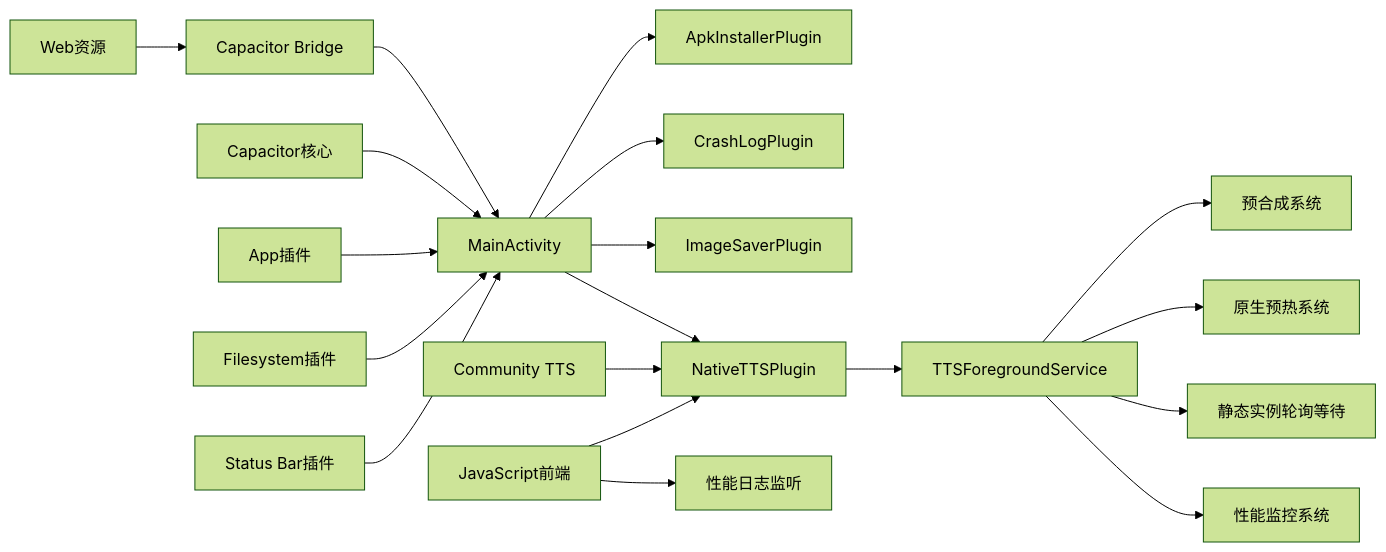
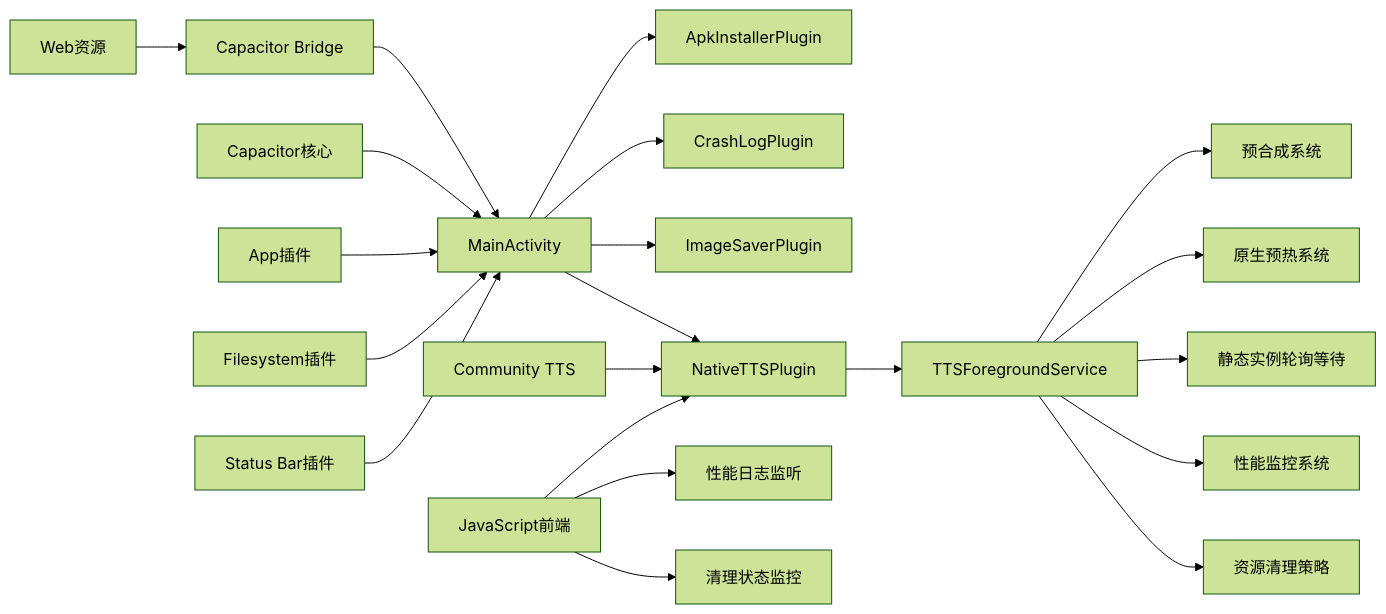
Diagram 11 of 11 in .qoder/repowiki/zh/content/移动应用开发/移动应用开发.md (zhao-zg/cx), drawn with Mermaid (forest theme) before and after one commit. The commit also changed other lines of this file and 34 other files, not shown here.

````diff
--- a/.qoder/repowiki/zh/content/移动应用开发/移动应用开发.md
+++ b/.qoder/repowiki/zh/content/移动应用开发/移动应用开发.md
@@ -606,21 +626,23 @@
 ```mermaid
 graph LR
 WEB["Web资源"] --> BRIDGE["Capacitor Bridge"]
 BRIDGE --> MAINACT["MainActivity"]
 MAINACT --> APK["ApkInstallerPlugin"]
 MAINACT --> CRASH["CrashLogPlugin"]
 MAINACT --> IMG["ImageSaverPlugin"]
 MAINACT --> TTS["NativeTTSPlugin"]
 CAP["Capacitor核心"] --> MAINACT
 APP["App插件"] --> MAINACT
 FS["Filesystem插件"] --> MAINACT
 SB["Status Bar插件"] --> MAINACT
 CTTS["Community TTS"] --> TTS
 TTS --> SERVICE["TTSForegroundService"]
 SERVICE --> PRE_SYNTH["预合成系统"]
 SERVICE --> WARMUP["原生预热系统"]
 SERVICE --> POLLING["静态实例轮询等待"]
 SERVICE --> PERF_MONITOR["性能监控系统"]
+SERVICE --> RESOURCE_CLEAN["资源清理策略"]
 JAVASCRIPT["JavaScript前端"] --> TTS
 JAVASCRIPT --> PERF_LOG["性能日志监听"]
+JAVASCRIPT --> CLEAN_LOG["清理状态监控"]
 ```
````
